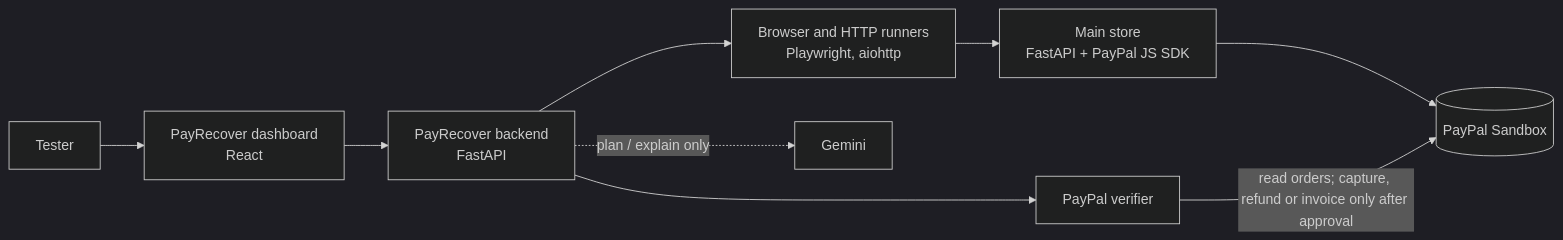
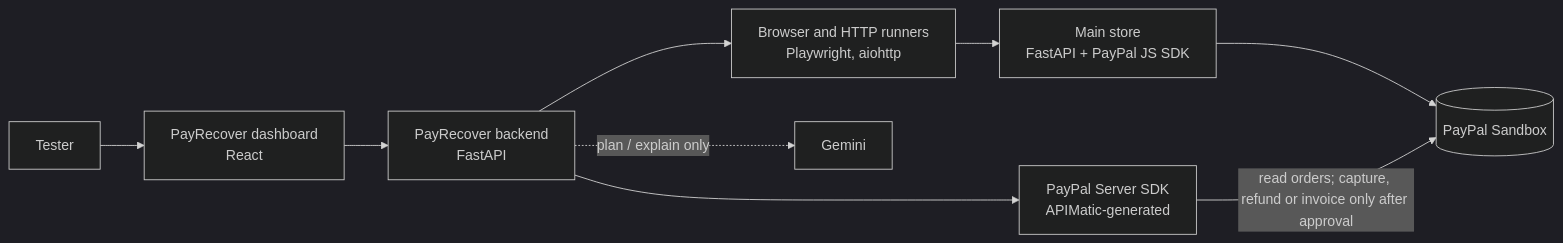
The diagram in README.md (Aditya-Sharma23/PayRecover-AI), drawn with Mermaid (dark theme) before and after one commit. The commit also changed other lines of this file and 6 other files, not shown here.

First line of the commit message:
Talk to PayPal through its official APIMatic-generated Server SDK

````diff
--- a/README.md
+++ b/README.md
@@ -94,11 +102,11 @@
 ```mermaid
 flowchart LR
     U[Tester] --> D[PayRecover dashboard<br/>React]
     D --> B[PayRecover backend<br/>FastAPI]
     B --> R[Browser and HTTP runners<br/>Playwright, aiohttp]
-    B --> P[PayPal verifier]
+    B --> P[PayPal Server SDK<br/>APIMatic-generated]
     B -. plan / explain only .-> G[Gemini]
     R --> S[Main store<br/>FastAPI + PayPal JS SDK]
     S --> PP[(PayPal Sandbox)]
     P -- read orders; capture, refund or invoice only after approval --> PP
 ```
````
